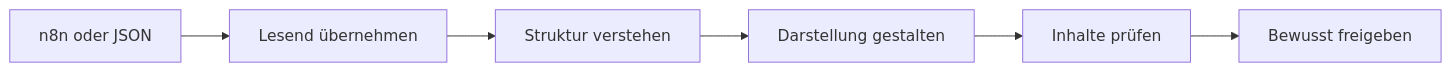
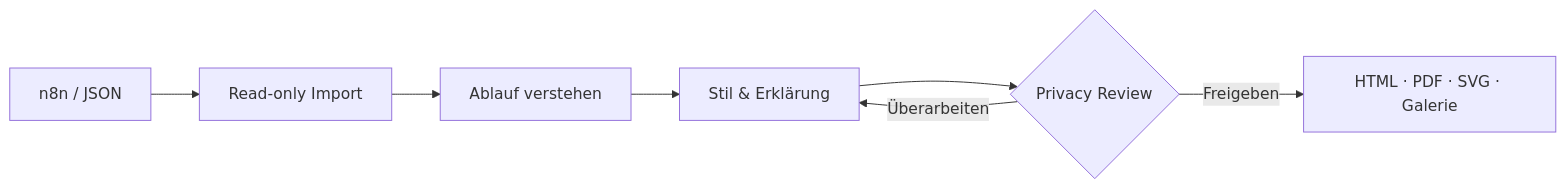
The diagram in README.md (rootkid-code/showcase-studio-releases), drawn with Mermaid before and after one commit. The commit also changed other lines of this file, not shown here.

````diff
--- a/README.md
+++ b/README.md
@@ -50,8 +39,9 @@
 ```mermaid
 flowchart LR
-    A["n8n oder JSON"] --> B["Lesend übernehmen"]
-    B --> C["Struktur verstehen"]
-    C --> D["Darstellung gestalten"]
-    D --> E["Inhalte prüfen"]
-    E --> F["Bewusst freigeben"]
+    A["n8n / JSON"] --> B["Read-only Import"]
+    B --> C["Ablauf verstehen"]
+    C --> D["Stil & Erklärung"]
+    D --> E{"Privacy Review"}
+    E -->|"Überarbeiten"| D
+    E -->|"Freigeben"| F["HTML · PDF · SVG · Galerie"]
 ```
````
